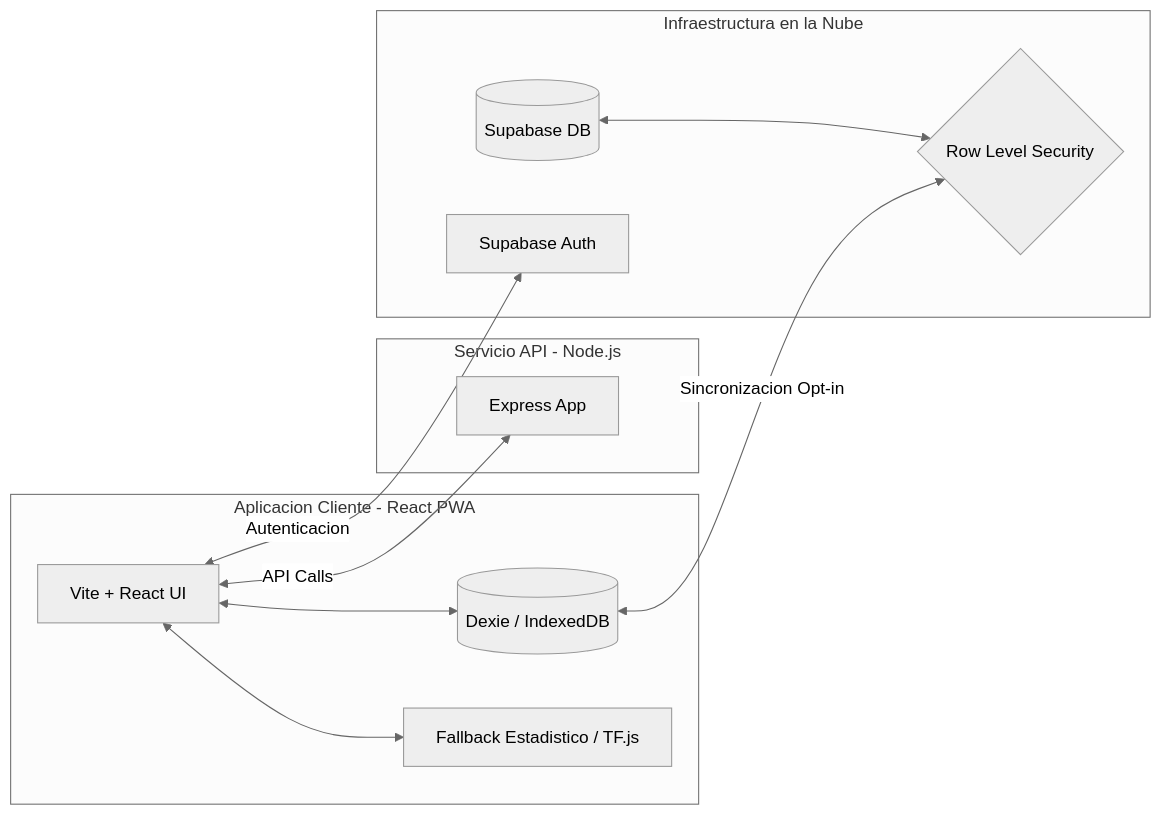
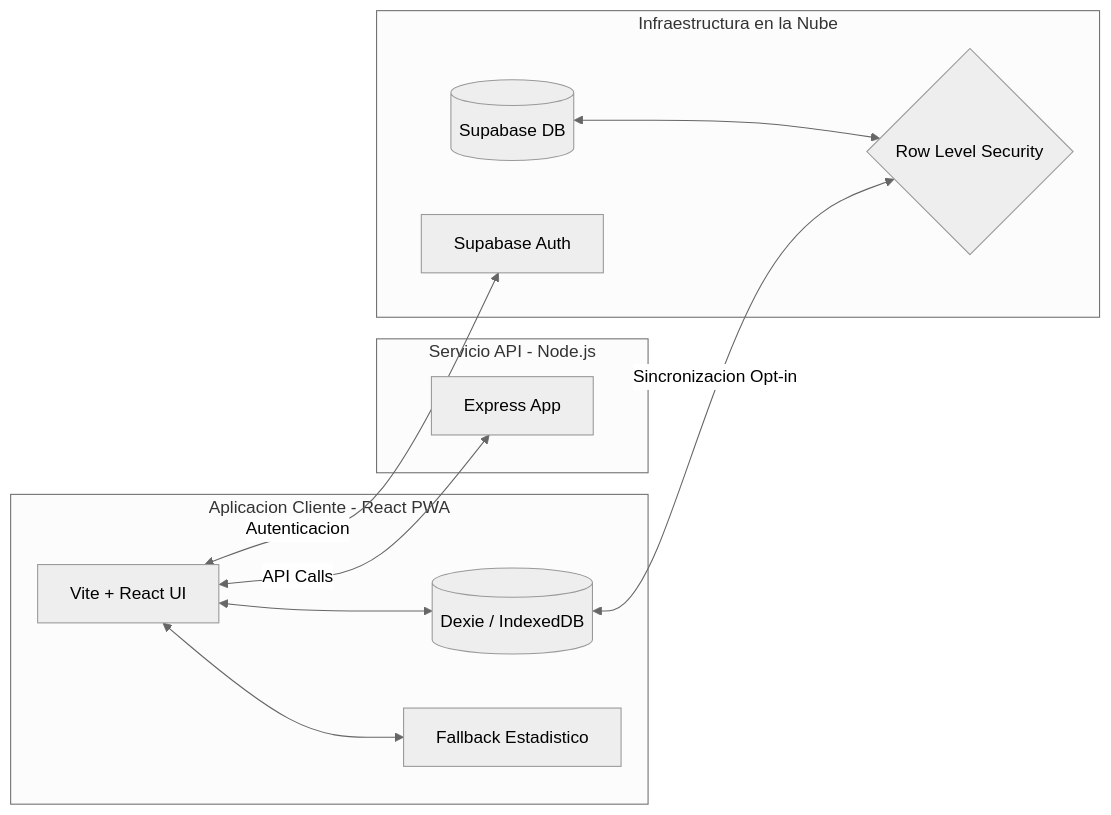
Before and after one commit to Espinoza08-iaes/Proyecto-Blooma: the second of 2 diagrams in README.md, drawn with Mermaid (neutral theme). The commit also changed other lines of this file, not shown here.

````diff
--- a/README.md
+++ b/README.md
@@ -116,20 +138,20 @@
 ```mermaid
 graph LR
     subgraph Frontend [Aplicacion Cliente - React PWA]
         UI[Vite + React UI] <--> DB_Local[(Dexie / IndexedDB)]
-        UI <--> TF[Fallback Estadistico / TF.js]
+        UI <--> TF[Fallback Estadistico]
     end
     
     subgraph Backend [Servicio API - Node.js]
         API[Express App]
     end
     
     subgraph Cloud [Infraestructura en la Nube]
         Supa[(Supabase DB)] <--> RLS{Row Level Security}
         Auth[Supabase Auth]
     end
     
     DB_Local <--> |Sincronizacion Opt-in| RLS
     UI <--> |Autenticacion| Auth
     UI <--> |API Calls| API
 ```
````
